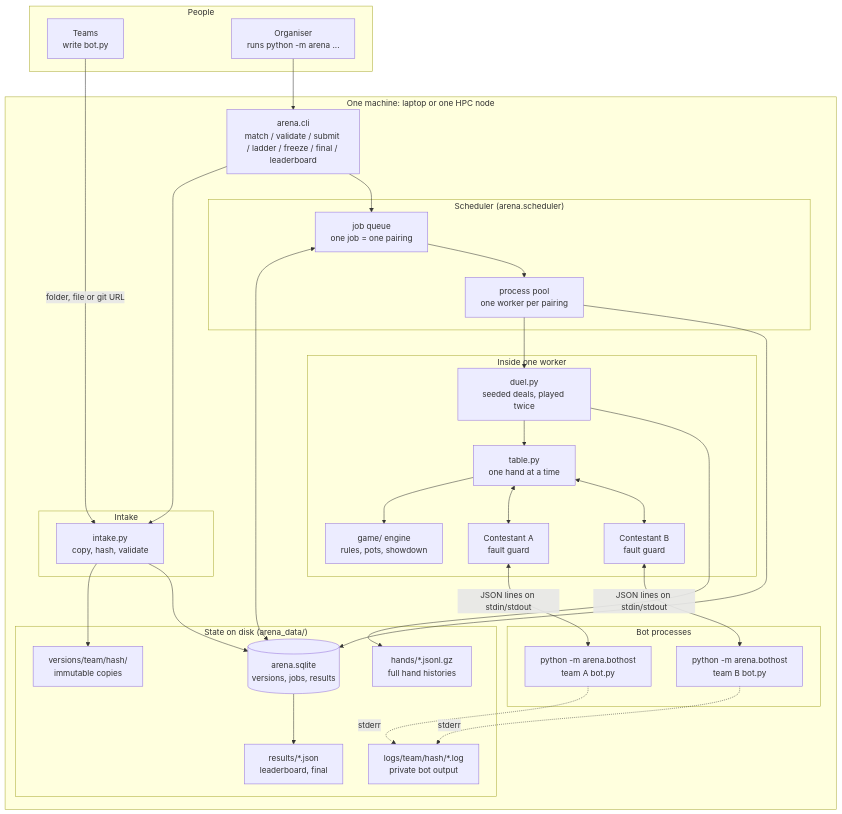
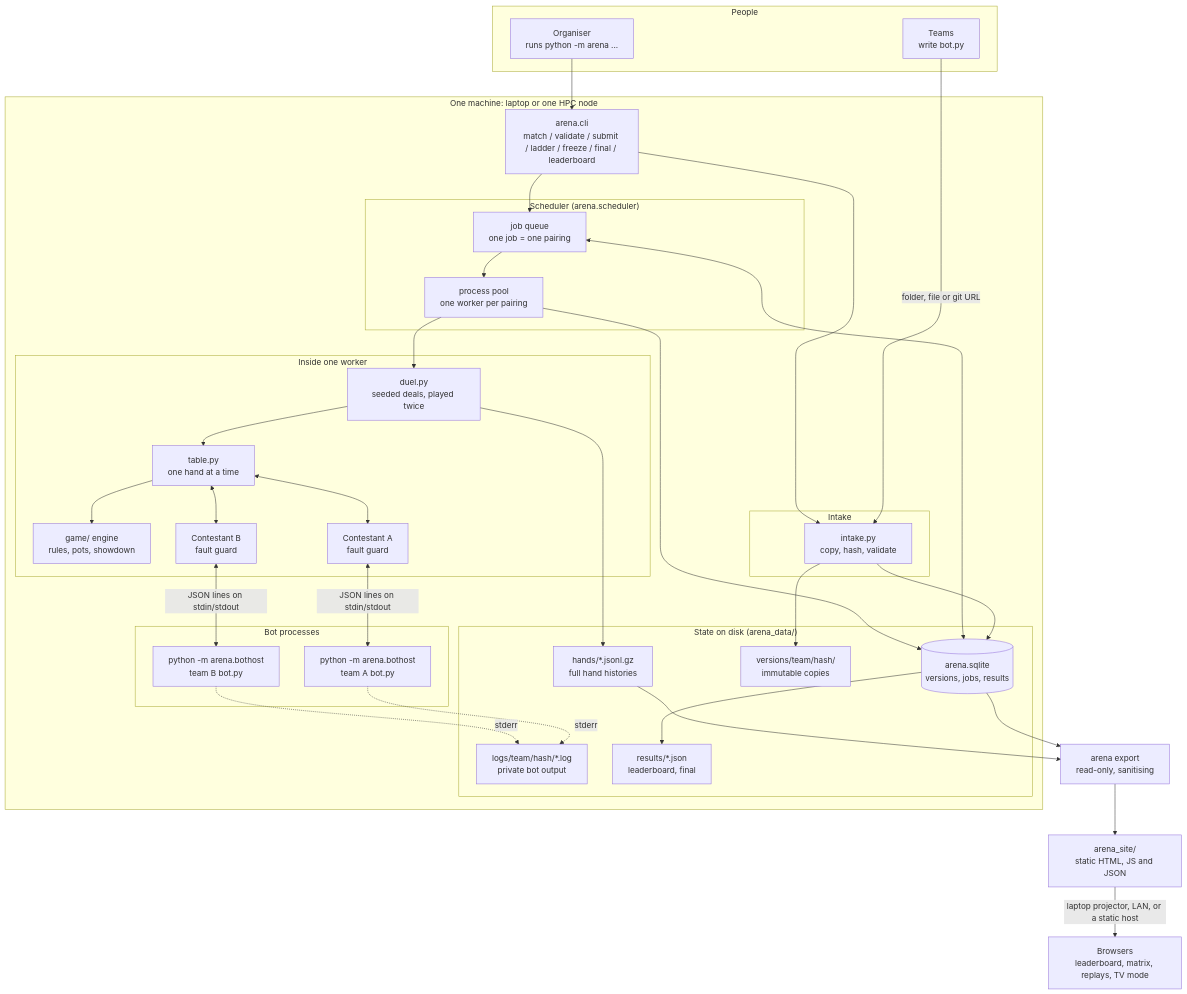
The first of 2 diagrams in ARCHITECTURE.md (Manchester-AI-Society/poker_bot_infrastructure), drawn with Mermaid before and after one commit. The commit also changed other lines of this file and 1 other file, not shown here.

First line of the commit message:
Docs: the results website (run, host, privacy, testing)

````diff
--- a/ARCHITECTURE.md
+++ b/ARCHITECTURE.md
@@ -18,56 +24,62 @@
 ```mermaid
 flowchart TB
     subgraph People
         T["Teams<br/>write bot.py"]
         O["Organiser<br/>runs python -m arena ..."]
     end
 
     subgraph Machine["One machine: laptop or one HPC node"]
         CLI["arena.cli<br/>match / validate / submit / ladder / freeze / final / leaderboard"]
 
         subgraph Intake["Intake"]
             IN["intake.py<br/>copy, hash, validate"]
         end
 
         subgraph State["State on disk (arena_data/)"]
             DB[("arena.sqlite<br/>versions, jobs, results")]
             VER["versions/team/hash/<br/>immutable copies"]
             HND["hands/*.jsonl.gz<br/>full hand histories"]
             LOG["logs/team/hash/*.log<br/>private bot output"]
             RES["results/*.json<br/>leaderboard, final"]
         end
 
         subgraph Sched["Scheduler (arena.scheduler)"]
             Q["job queue<br/>one job = one pairing"]
             POOL["process pool<br/>one worker per pairing"]
         end
 
         subgraph Pairing["Inside one worker"]
             DUEL["duel.py<br/>seeded deals, played twice"]
             TAB["table.py<br/>one hand at a time"]
             ENG["game/ engine<br/>rules, pots, showdown"]
             C1["Contestant A<br/>fault guard"]
             C2["Contestant B<br/>fault guard"]
         end
 
         subgraph Procs["Bot processes"]
             P1["python -m arena.bothost<br/>team A bot.py"]
             P2["python -m arena.bothost<br/>team B bot.py"]
         end
     end
 
     T -->|folder, file or git URL| IN
     O --> CLI
     CLI --> IN --> VER
     IN --> DB
     CLI --> Q
     Q <--> DB
     Q --> POOL --> DUEL --> TAB --> ENG
     TAB <--> C1 <-->|JSON lines on stdin/stdout| P1
     TAB <--> C2 <-->|JSON lines on stdin/stdout| P2
     DUEL --> HND
     P1 -.stderr.-> LOG
     P2 -.stderr.-> LOG
     POOL --> DB
     DB --> RES
+
+    EXP["arena export<br/>read-only, sanitising"]
+    DB --> EXP
+    HND --> EXP
+    EXP --> SITE["arena_site/<br/>static HTML, JS and JSON"]
+    SITE -->|laptop projector, LAN, or a static host| BR["Browsers<br/>leaderboard, matrix, replays, TV mode"]
 ```
````
